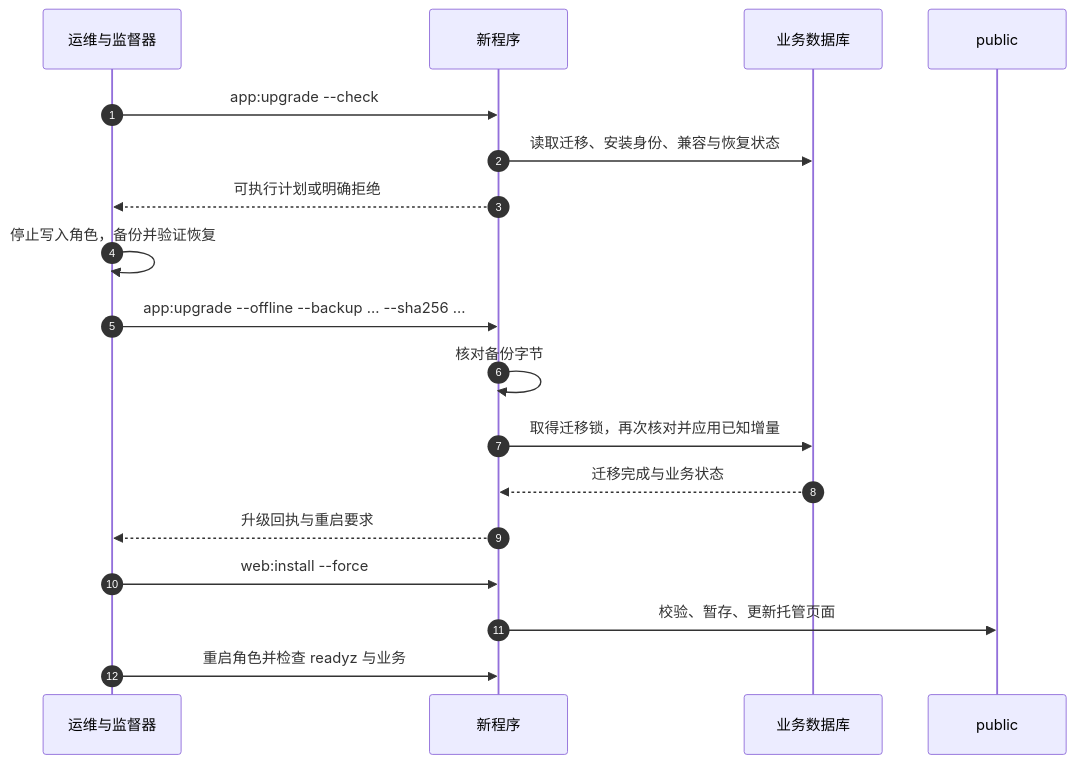
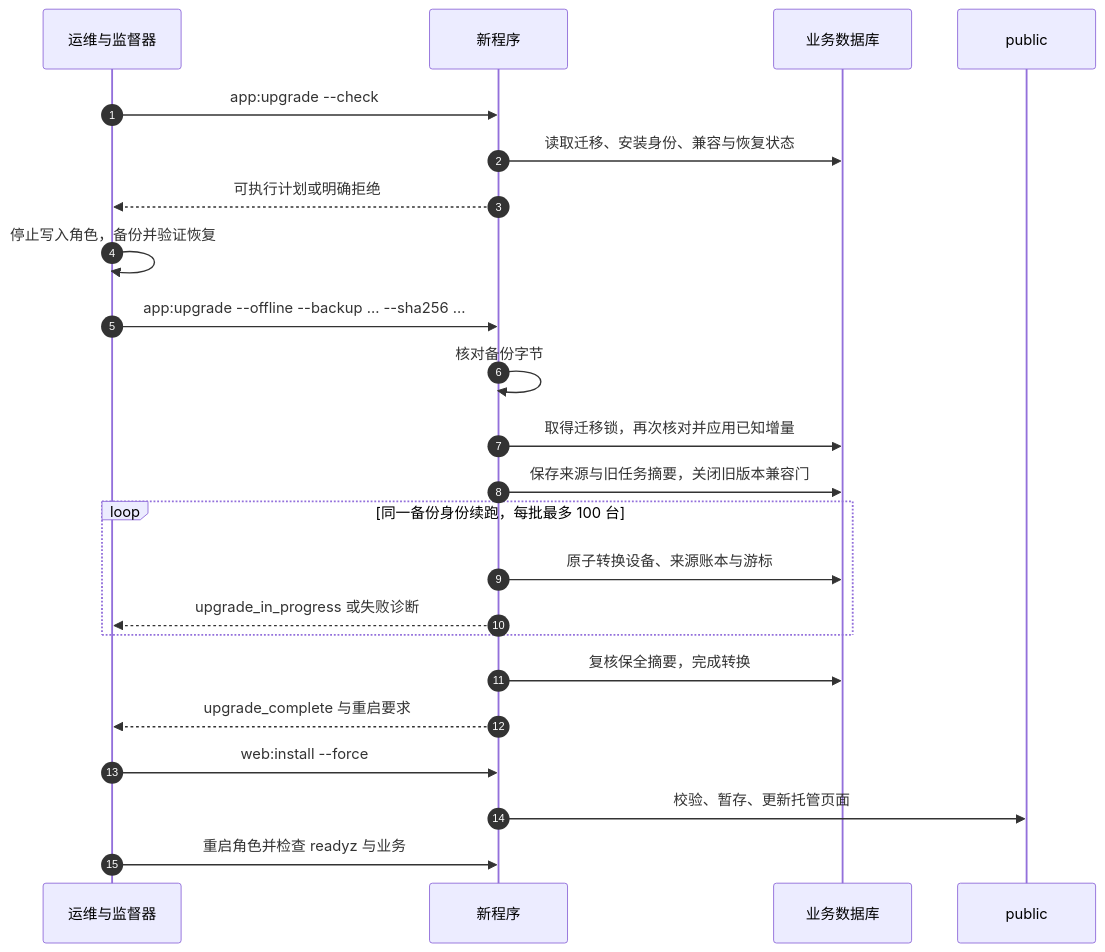
The fourth of 4 diagrams in docs/guide/deployment.md (zoujingli/typeapp), drawn with Mermaid before and after one commit. The commit also changed other lines of this file and 17 other files, not shown here.

````diff
--- a/docs/guide/deployment.md
+++ b/docs/guide/deployment.md
@@ -281,20 +292,25 @@
 ```mermaid
 sequenceDiagram
   autonumber
   participant O as 运维与监督器
   participant A as 新程序
   participant D as 业务数据库
   participant P as public
   O->>A: app:upgrade --check
   A->>D: 读取迁移、安装身份、兼容与恢复状态
   A-->>O: 可执行计划或明确拒绝
   O->>O: 停止写入角色，备份并验证恢复
   O->>A: app:upgrade --offline --backup ... --sha256 ...
   A->>A: 核对备份字节
   A->>D: 取得迁移锁，再次核对并应用已知增量
-  D-->>A: 迁移完成与业务状态
-  A-->>O: 升级回执与重启要求
+  A->>D: 保存来源与旧任务摘要，关闭旧版本兼容门
+  loop 同一备份身份续跑，每批最多 100 台
+    A->>D: 原子转换设备、来源账本与游标
+    A-->>O: upgrade_in_progress 或失败诊断
+  end
+  A->>D: 复核保全摘要，完成转换
+  A-->>O: upgrade_complete 与重启要求
   O->>A: web:install --force
   A->>P: 校验、暂存、更新托管页面
   O->>A: 重启角色并检查 readyz 与业务
 ```
````
